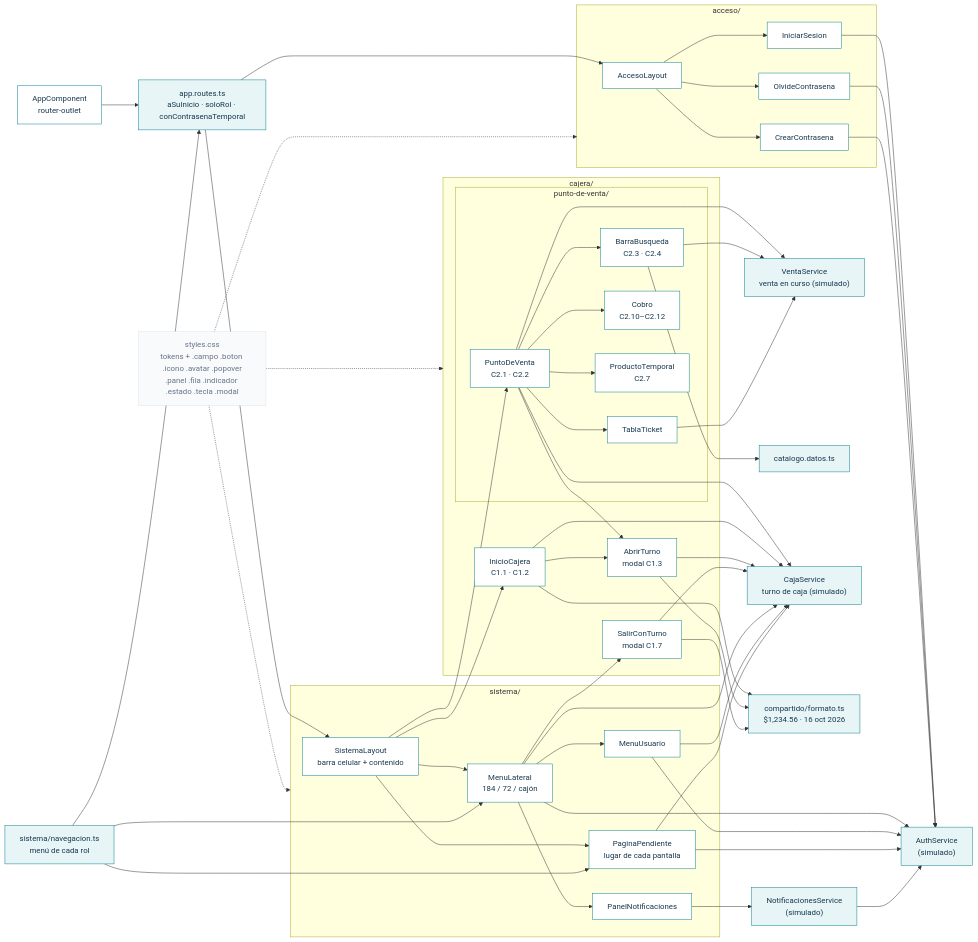
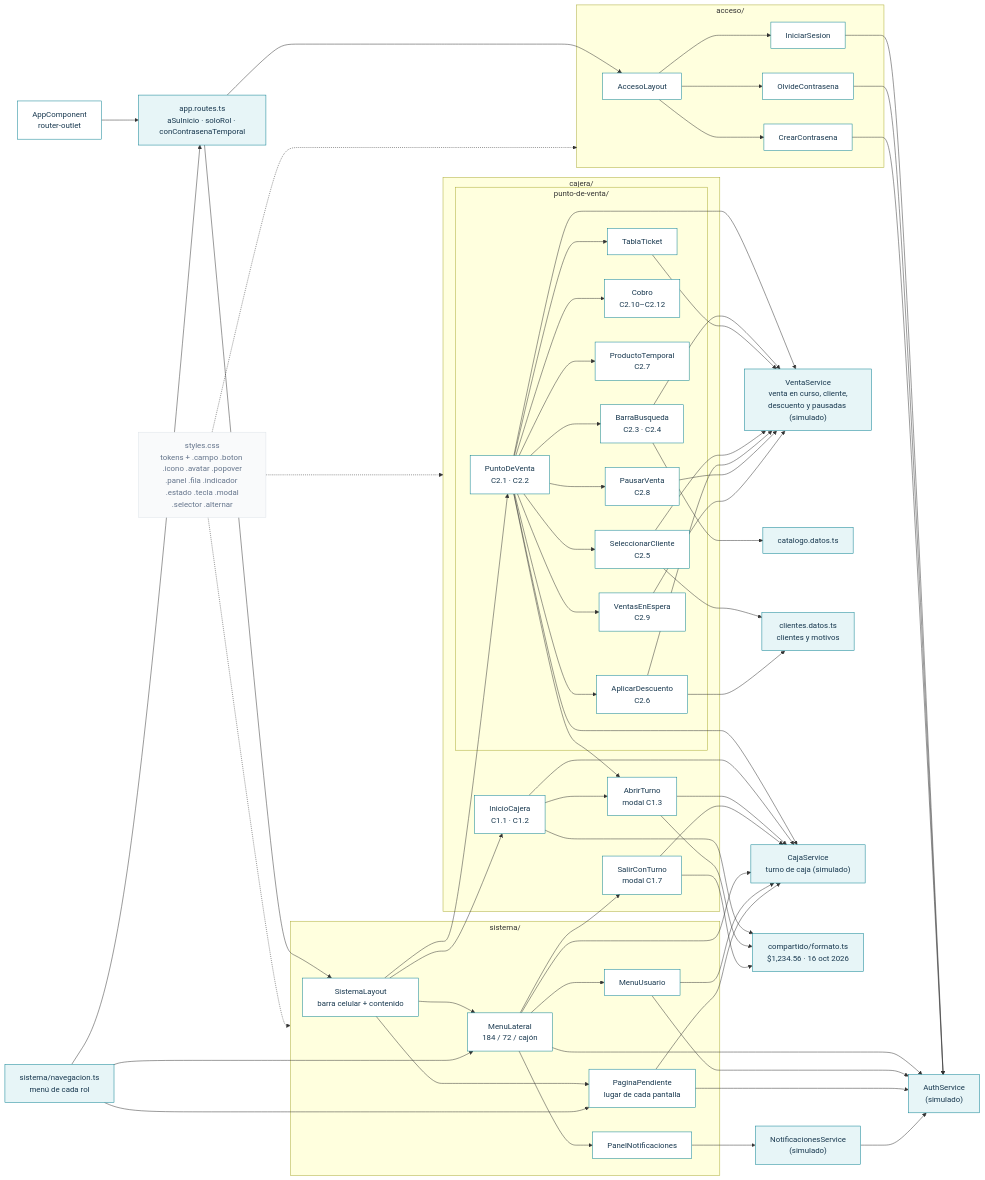
One commit to dianaaochoa/SHURI-Sistema-Gestion changed the third of 3 diagrams in frontend/BITACORA.md. Above: the diagram before and after it, drawn with Mermaid. The commit also changed other lines of this file, not shown here.

Commit message:
docs(frontend): bitácora y grafos con el punto de venta (C2 fase 2)

````diff
--- a/frontend/BITACORA.md
+++ b/frontend/BITACORA.md
@@ -104,63 +104,70 @@
 ```mermaid
 flowchart LR
   classDef comp fill:#ffffff,stroke:#087f91,color:#17374e
   classDef serv fill:#e7f5f7,stroke:#087f91,color:#17374e
   classDef css fill:#f9fafb,stroke:#dce2e8,color:#64748b
 
   APP["AppComponent<br/>router-outlet"]:::comp
   RUT["app.routes.ts<br/>aSuInicio · soloRol · conContrasenaTemporal"]:::serv
   NAV["sistema/navegacion.ts<br/>menú de cada rol"]:::serv
 
   subgraph ACCESO["acceso/"]
     LAY["AccesoLayout"]:::comp
     IS["IniciarSesion"]:::comp
     OC["OlvideContrasena"]:::comp
     CC["CrearContrasena"]:::comp
   end
 
   subgraph SISTEMA["sistema/"]
     SL["SistemaLayout<br/>barra celular + contenido"]:::comp
     ML["MenuLateral<br/>184 / 72 / cajón"]:::comp
     MU["MenuUsuario"]:::comp
     PN["PanelNotificaciones"]:::comp
     PP["PaginaPendiente<br/>lugar de cada pantalla"]:::comp
   end
 
   subgraph CAJERA["cajera/"]
     IC["InicioCajera<br/>C1.1 · C1.2"]:::comp
     AT["AbrirTurno<br/>modal C1.3"]:::comp
     ST["SalirConTurno<br/>modal C1.7"]:::comp
     subgraph PDVG["punto-de-venta/"]
       PDV["PuntoDeVenta<br/>C2.1 · C2.2"]:::comp
       BB["BarraBusqueda<br/>C2.3 · C2.4"]:::comp
       TT["TablaTicket"]:::comp
       CB["Cobro<br/>C2.10–C2.12"]:::comp
       PT["ProductoTemporal<br/>C2.7"]:::comp
+      SC["SeleccionarCliente<br/>C2.5"]:::comp
+      AD["AplicarDescuento<br/>C2.6"]:::comp
+      PV["PausarVenta<br/>C2.8"]:::comp
+      VE["VentasEnEspera<br/>C2.9"]:::comp
     end
   end
-  VS["VentaService<br/>venta en curso (simulado)"]:::serv
+  VS["VentaService<br/>venta en curso, cliente,<br/>descuento y pausadas (simulado)"]:::serv
   CAT["catalogo.datos.ts"]:::serv
+  CLI["clientes.datos.ts<br/>clientes y motivos"]:::serv
 
   AUTH["AuthService<br/>(simulado)"]:::serv
   NOTS["NotificacionesService<br/>(simulado)"]:::serv
   CAJA["CajaService<br/>turno de caja (simulado)"]:::serv
   FMT["compartido/formato.ts<br/>$1,234.56 · 16 oct 2026"]:::serv
-  GLB["styles.css<br/>tokens + .campo .boton .icono .avatar .popover<br/>.panel .fila .indicador .estado .tecla .modal"]:::css
+  GLB["styles.css<br/>tokens + .campo .boton .icono .avatar .popover<br/>.panel .fila .indicador .estado .tecla .modal<br/>.selector .alternar"]:::css
 
   APP --> RUT
   RUT --> LAY --> IS & OC & CC
   RUT --> SL --> ML --> MU & PN
   ML --> ST
   SL --> PP & IC & PDV
   IC --> AT
   PDV --> BB & TT & CB & PT & AT
-  PDV & BB & TT --> VS
+  PDV --> SC & AD & PV & VE
+  PDV & BB & TT & SC & AD & PV & VE --> VS
   BB --> CAT
+  SC & AD --> CLI
   PDV --> CAJA
   NAV --> RUT & ML & PP
   IS & OC & CC & ML & MU & PP --> AUTH
   PN --> NOTS --> AUTH
   IC & AT & ST & ML & MU & PP --> CAJA
   IC & AT & ST --> FMT
   GLB -.-> ACCESO & SISTEMA & CAJERA
 ```
````
